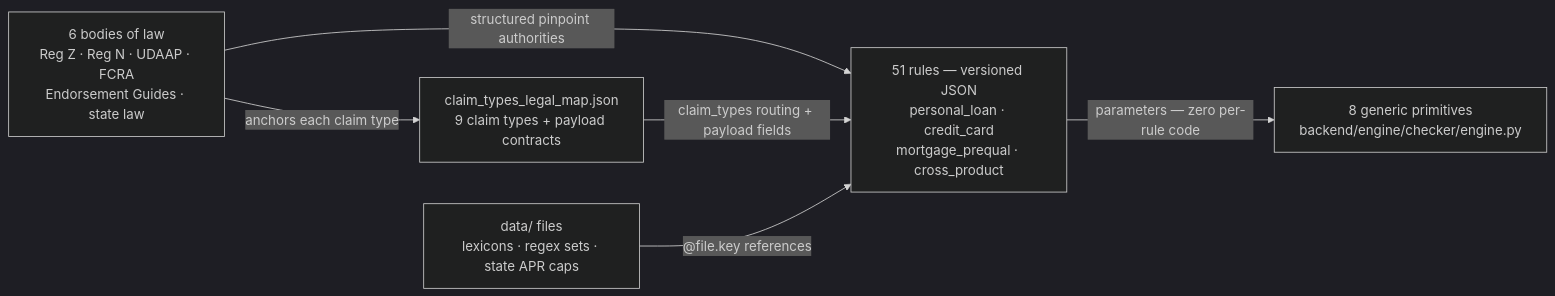
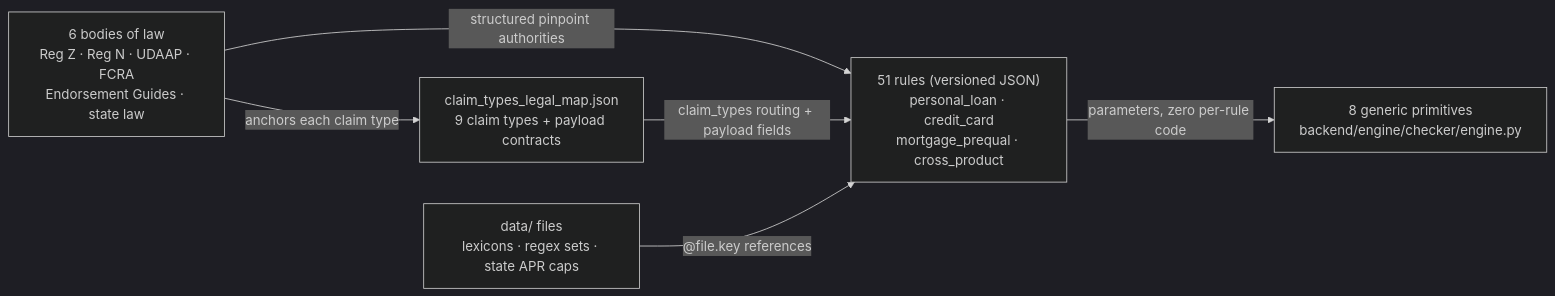
One commit to plapagesse/clearpathMarketingCompliance changed the second of 2 diagrams in README.md. Above: the diagram before and after it, drawn with Mermaid (dark theme). The commit also changed other lines of this file, not shown here.

````diff
--- a/README.md
+++ b/README.md
@@ -63,14 +63,14 @@
 ```mermaid
 flowchart LR
     LAW["6 bodies of law<br/>Reg Z · Reg N · UDAAP · FCRA<br/>Endorsement Guides · state law"]
     MAP["claim_types_legal_map.json<br/>9 claim types + payload contracts"]
-    RULES["51 rules — versioned JSON<br/>personal_loan · credit_card<br/>mortgage_prequal · cross_product"]
+    RULES["51 rules (versioned JSON)<br/>personal_loan · credit_card<br/>mortgage_prequal · cross_product"]
     DATA["data/ files<br/>lexicons · regex sets · state APR caps"]
     PRIM["8 generic primitives<br/>backend/engine/checker/engine.py"]
 
     LAW -->|"structured pinpoint authorities"| RULES
     LAW -->|"anchors each claim type"| MAP
     MAP -->|"claim_types routing + payload fields"| RULES
     DATA -->|"@file.key references"| RULES
-    RULES -->|"parameters — zero per-rule code"| PRIM
+    RULES -->|"parameters, zero per-rule code"| PRIM
 ```
````
